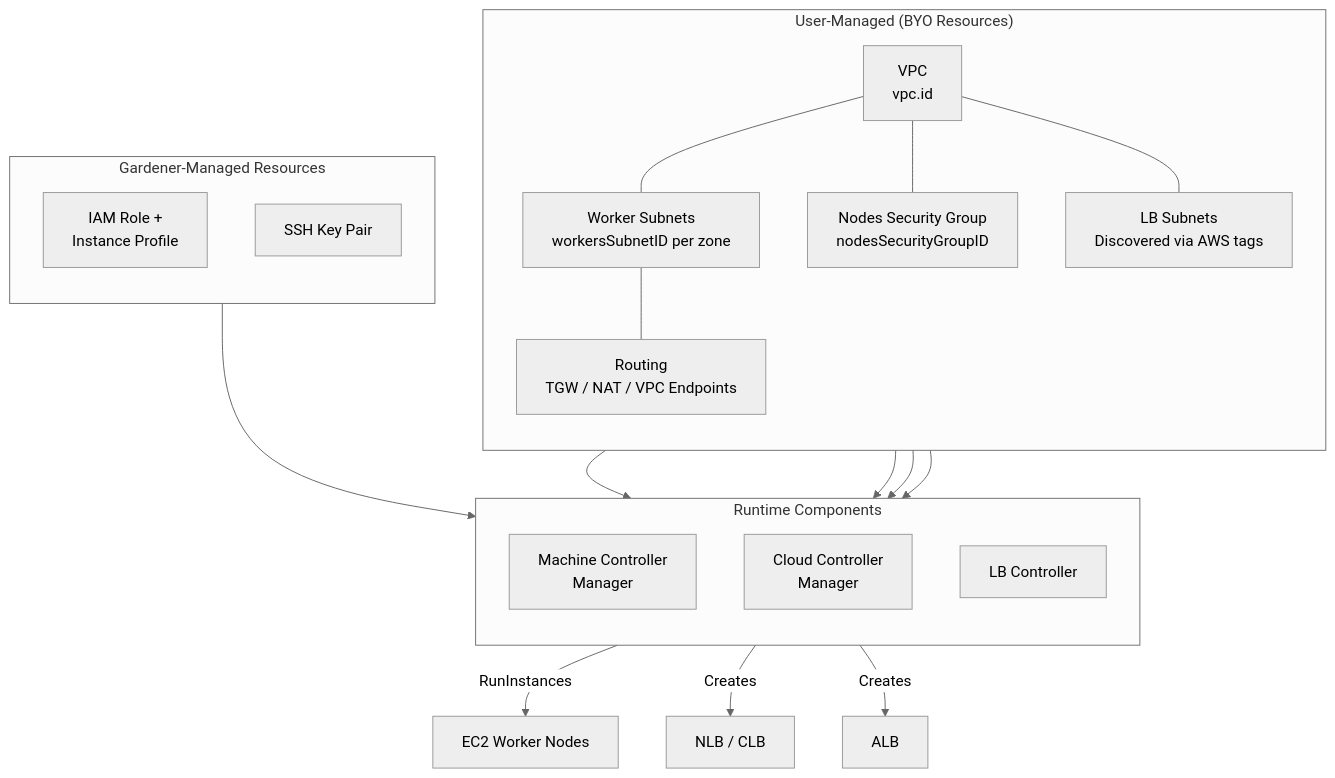
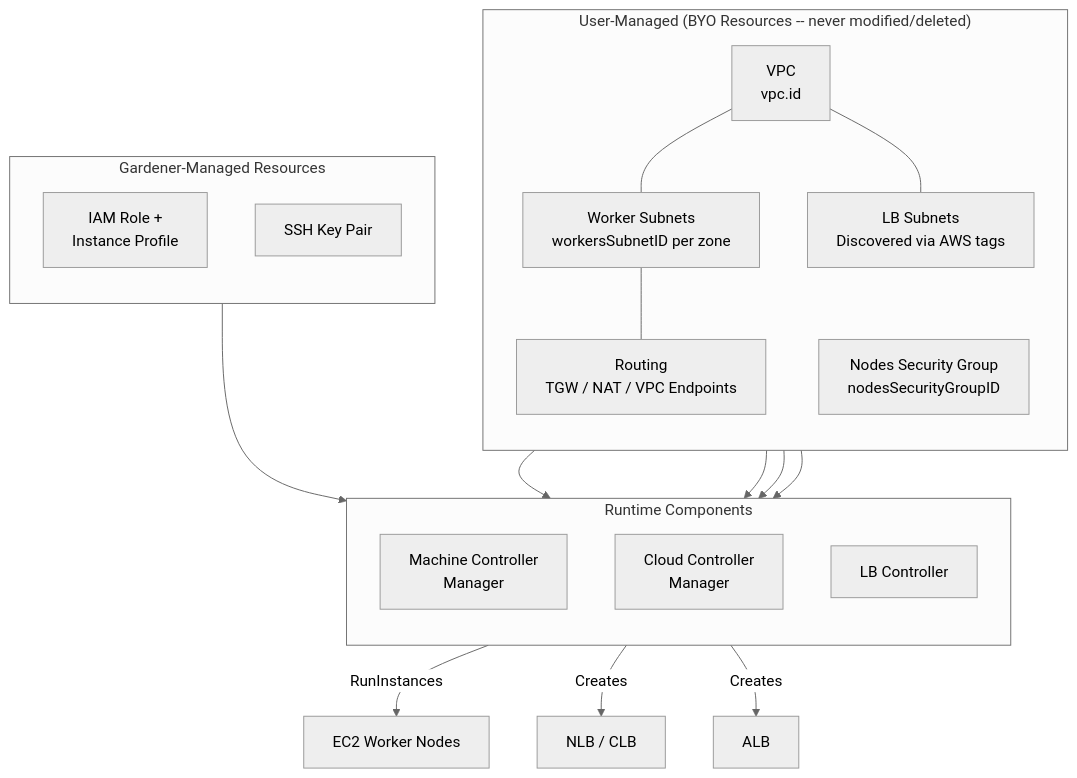
One commit to gardener/gardener-extension-provider-aws changed the first of 8 diagrams in docs/usage/flexible-network-configuration.md. Above: the diagram before and after it, drawn with Mermaid (neutral theme). The commit also changed other lines of this file and 1 other file, not shown here.

````diff
--- a/docs/usage/flexible-network-configuration.md
+++ b/docs/usage/flexible-network-configuration.md
@@ -17,34 +74,34 @@
 ```mermaid
 flowchart TB
-    subgraph UserManaged ["User-Managed (BYO Resources)"]
+    subgraph UserManaged ["User-Managed (BYO Resources -- never modified/deleted)"]
         direction TB
         VPC["VPC\nvpc.id"]
         WS["Worker Subnets\nworkersSubnetID per zone"]
         SG["Nodes Security Group\nnodesSecurityGroupID"]
         LBS["LB Subnets\nDiscovered via AWS tags"]
         RT["Routing\nTGW / NAT / VPC Endpoints"]
     end
 
     subgraph GardenerManaged ["Gardener-Managed Resources"]
         direction TB
         IAM["IAM Role +\nInstance Profile"]
         SSH["SSH Key Pair"]
     end
 
     subgraph Runtime ["Runtime Components"]
         direction TB
         MCM["Machine Controller\nManager"]
         CCM["Cloud Controller\nManager"]
         LBC["LB Controller"]
     end
 
-    VPC --- WS & SG & LBS
+    VPC --- WS & LBS
     WS --- RT
     SG --> MCM
     WS --> MCM
     IAM --> MCM
     MCM -->|"RunInstances"| EC2["EC2 Worker Nodes"]
     LBS --> CCM & LBC
     CCM -->|"Creates"| NLB["NLB / CLB"]
     LBC -->|"Creates"| ALB["ALB"]
 ```
````
